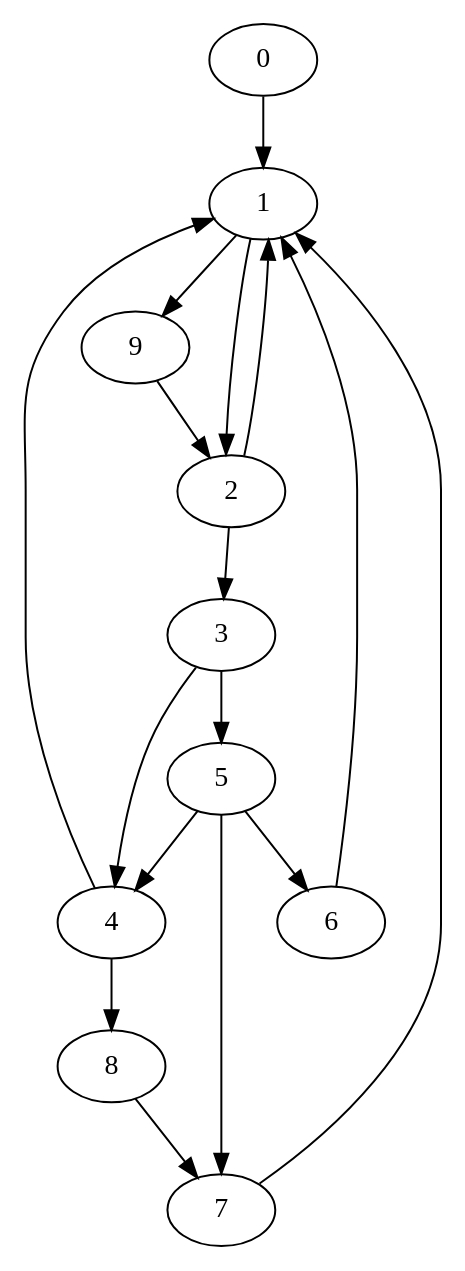
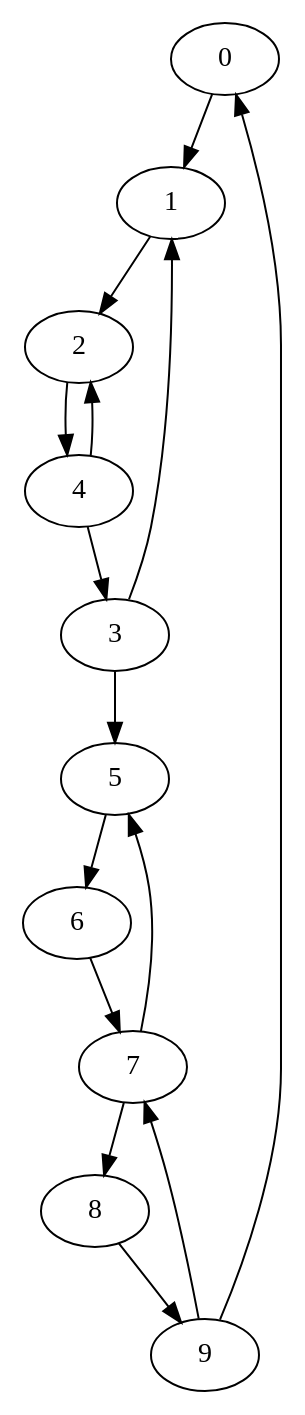
The diagram in state_encoding/yuan_alg/run/graph.dot (abemac/verilog-to-fsm), drawn with Graphviz before and after one commit. The commit also changed 8 other files, not shown here.

```diff
--- a/state_encoding/yuan_alg/run/graph.dot
+++ b/state_encoding/yuan_alg/run/graph.dot
@@ -1,18 +1,16 @@
 digraph fsm {
 0 -> 1;
 1 -> 2;
-1 -> 9;
-2 -> 1;
-2 -> 3;
+2 -> 4;
 3 -> 5;
-3 -> 4;
-4 -> 1;
-4 -> 8;
-5 -> 4;
-5 -> 7;
+3 -> 1;
+4 -> 2;
+4 -> 3;
 5 -> 6;
-6 -> 1;
-7 -> 1;
-8 -> 7;
-9 -> 2;
+6 -> 7;
+7 -> 5;
+7 -> 8;
+8 -> 9;
+9 -> 7;
+9 -> 0;
 }
```
